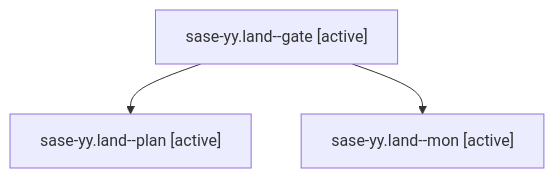
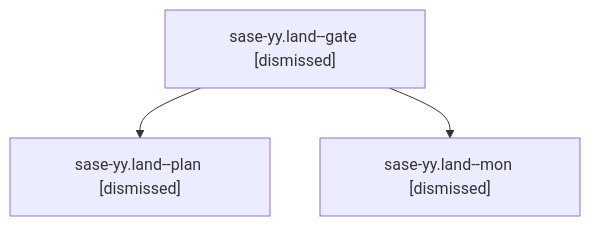
Before and after one commit to sase-org/sase--agents: the diagram in sessions/bbugyi200.athena.sase-yy.land.md, drawn with Mermaid. The commit also changed other lines of this file and 208 other files, not shown here.

````diff
--- a/sessions/bbugyi200.athena.sase-yy.land.md
+++ b/sessions/bbugyi200.athena.sase-yy.land.md
@@ -9,8 +9,8 @@
 ```mermaid
 flowchart TD
-  n0["sase-yy.land--gate [active]"]
-  n1["sase-yy.land--plan [active]"]
+  n0["sase-yy.land--gate [dismissed]"]
+  n1["sase-yy.land--plan [dismissed]"]
   n0 --> n1
-  n2["sase-yy.land--mon [active]"]
+  n2["sase-yy.land--mon [dismissed]"]
   n0 --> n2
 ```
````
